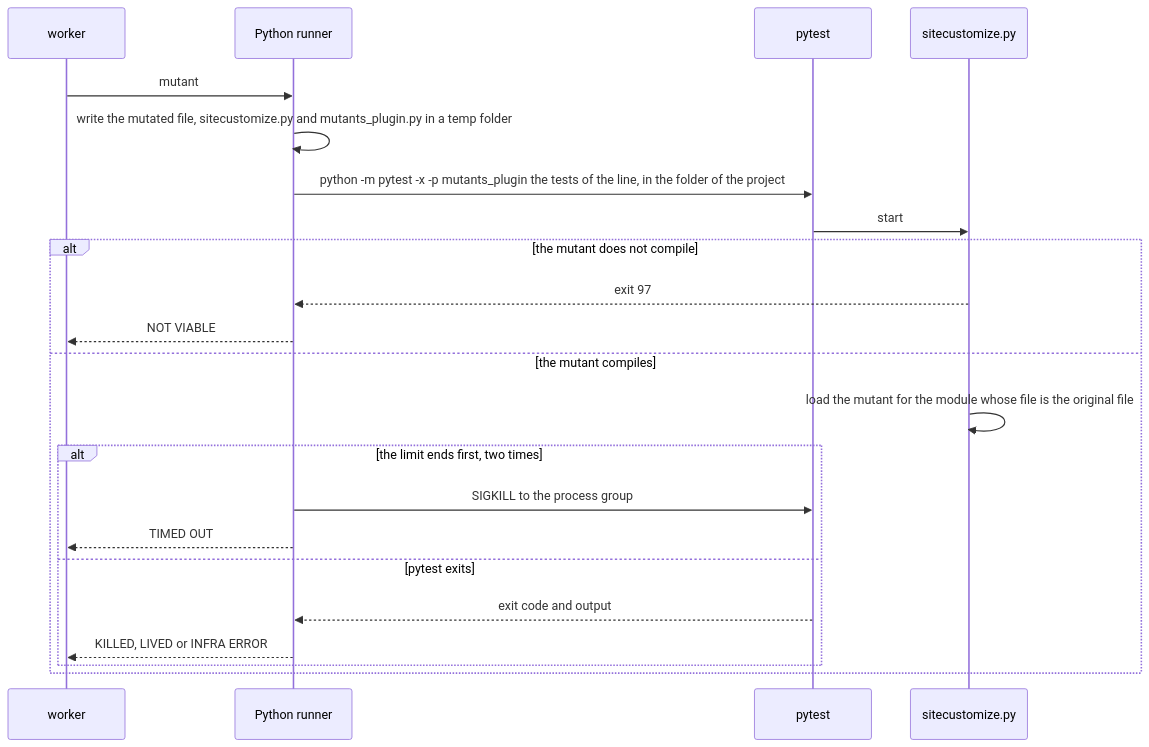
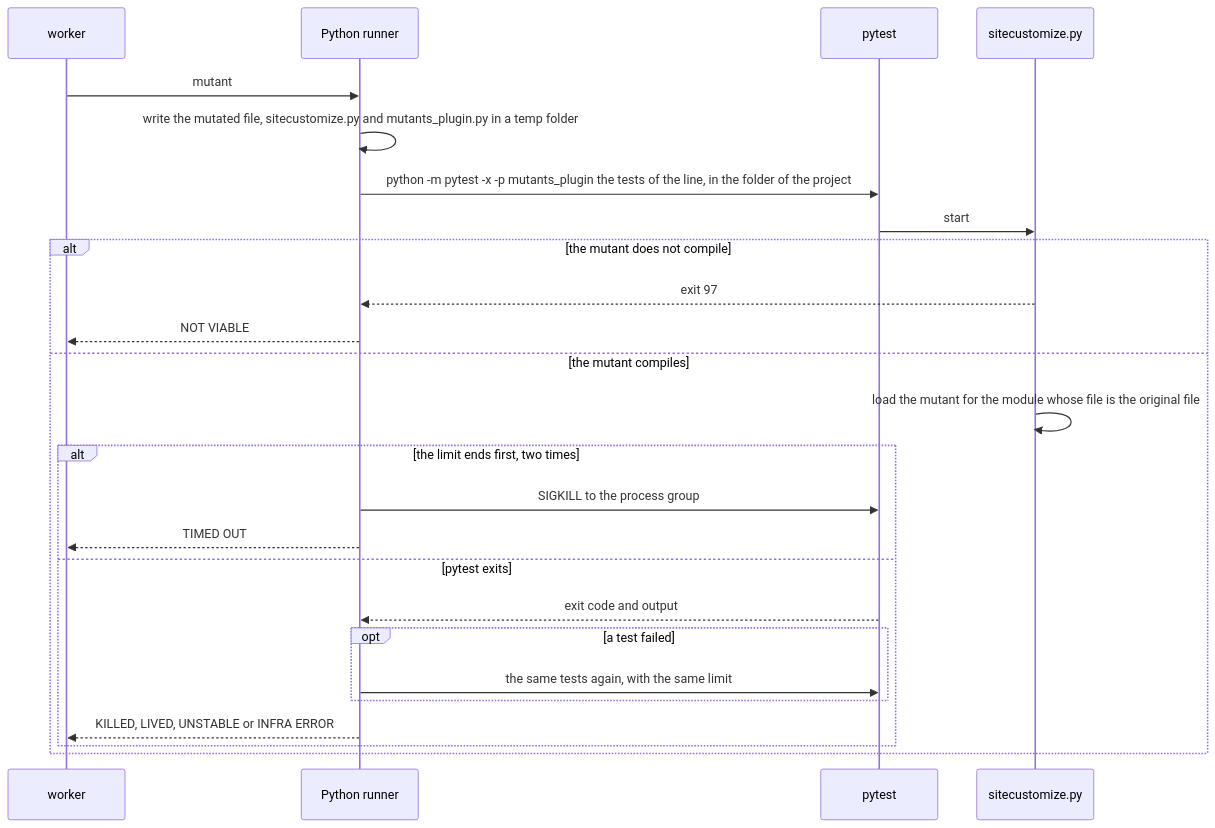
Before and after one commit to hpcsc/mutants: the fourth of 7 diagrams in docs/design.md, drawn with Mermaid. The commit also changed other lines of this file and 19 other files, not shown here.

First line of the commit message:
Run the tests again after a kill, and call a kill that does not repeat UNSTABLE

````diff
--- a/docs/design.md
+++ b/docs/design.md
@@ -570,24 +573,27 @@
 ```mermaid
 sequenceDiagram
     participant W as worker
     participant R as Python runner
     participant P as pytest
     participant H as sitecustomize.py
     W->>R: mutant
     R->>R: write the mutated file, sitecustomize.py and mutants_plugin.py in a temp folder
     R->>P: python -m pytest -x -p mutants_plugin the tests of the line, in the folder of the project
     P->>H: start
     alt the mutant does not compile
         H-->>R: exit 97
         R-->>W: NOT VIABLE
     else the mutant compiles
         H->>H: load the mutant for the module whose file is the original file
         alt the limit ends first, two times
             R->>P: SIGKILL to the process group
             R-->>W: TIMED OUT
         else pytest exits
             P-->>R: exit code and output
-            R-->>W: KILLED, LIVED or INFRA ERROR
+            opt a test failed
+                R->>P: the same tests again, with the same limit
+            end
+            R-->>W: KILLED, LIVED, UNSTABLE or INFRA ERROR
         end
     end
 ```
````
